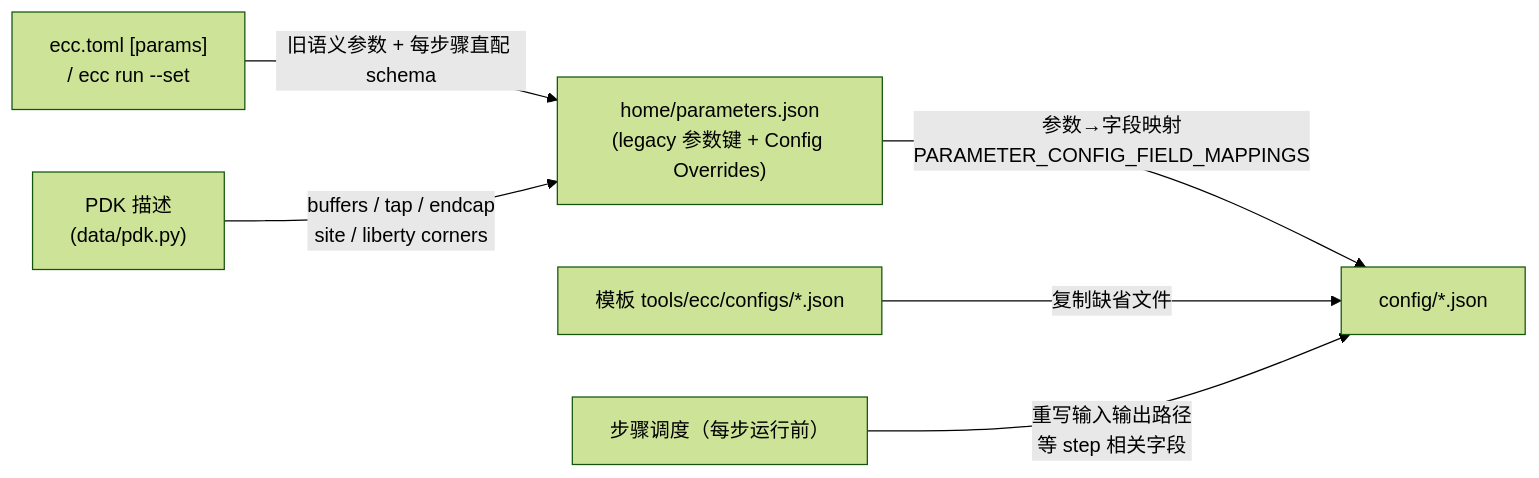
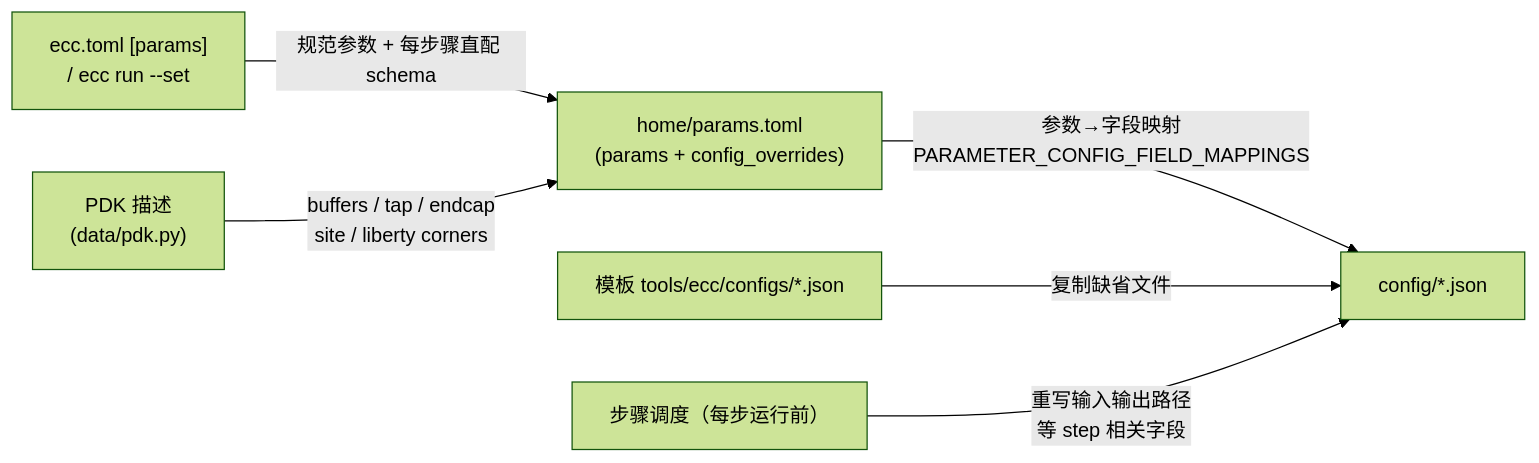
The diagram in docs/ecc-cli-config.cn.md (openecos-projects/ecc), drawn with Mermaid (forest theme) before and after one commit. The commit also changed other lines of this file and 16 other files, not shown here.

````diff
--- a/docs/ecc-cli-config.cn.md
+++ b/docs/ecc-cli-config.cn.md
@@ -41,8 +41,8 @@
 ```mermaid
 graph LR
-    A["ecc.toml [params]<br/>/ ecc run --set"] -->|"旧语义参数 + 每步骤直配 schema"| B["home/parameters.json<br/>(legacy 参数键 + Config Overrides)"]
+    A["ecc.toml [params]<br/>/ ecc run --set"] -->|"规范参数 + 每步骤直配 schema"| B["home/params.toml<br/>(params + config_overrides)"]
     C["PDK 描述<br/>(data/pdk.py)"] -->|"buffers / tap / endcap<br/>site / liberty corners"| B
     B -->|"参数→字段映射<br/>PARAMETER_CONFIG_FIELD_MAPPINGS"| D["config/*.json"]
     E["模板 tools/ecc/configs/*.json"] -->|复制缺省文件| D
     F["步骤调度（每步运行前）"] -->|"重写输入输出路径<br/>等 step 相关字段"| D
 ```
````
